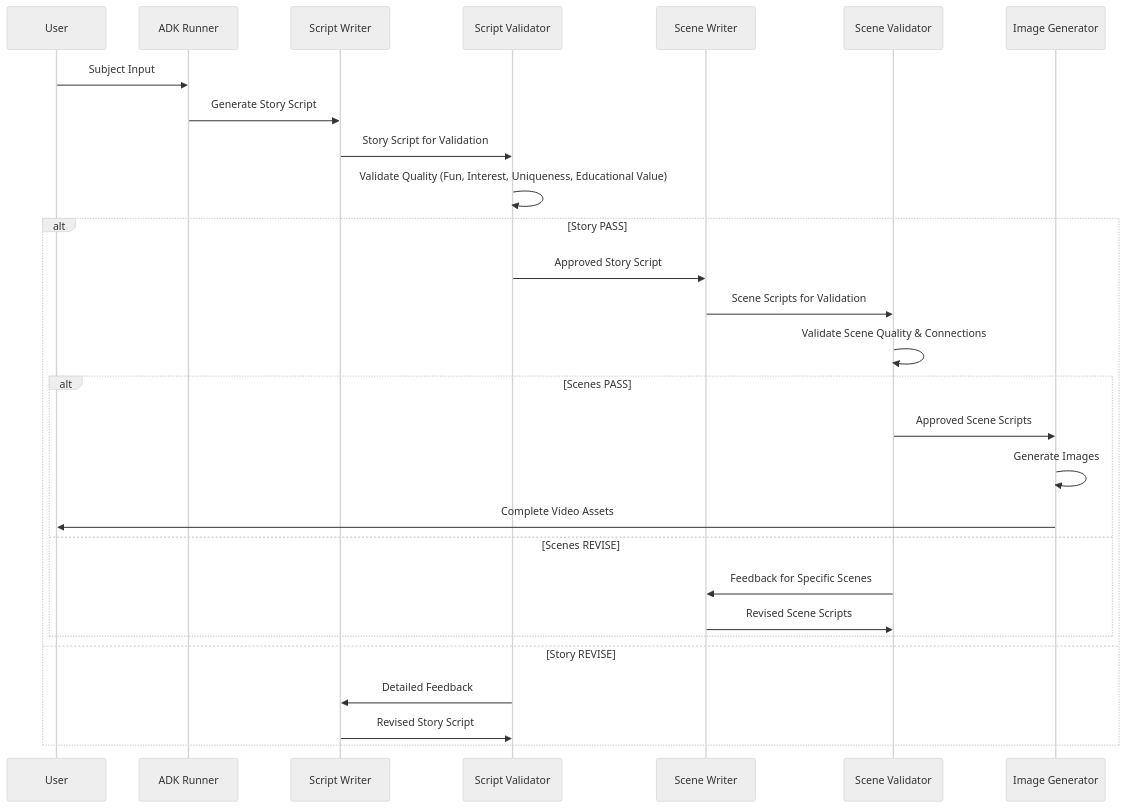
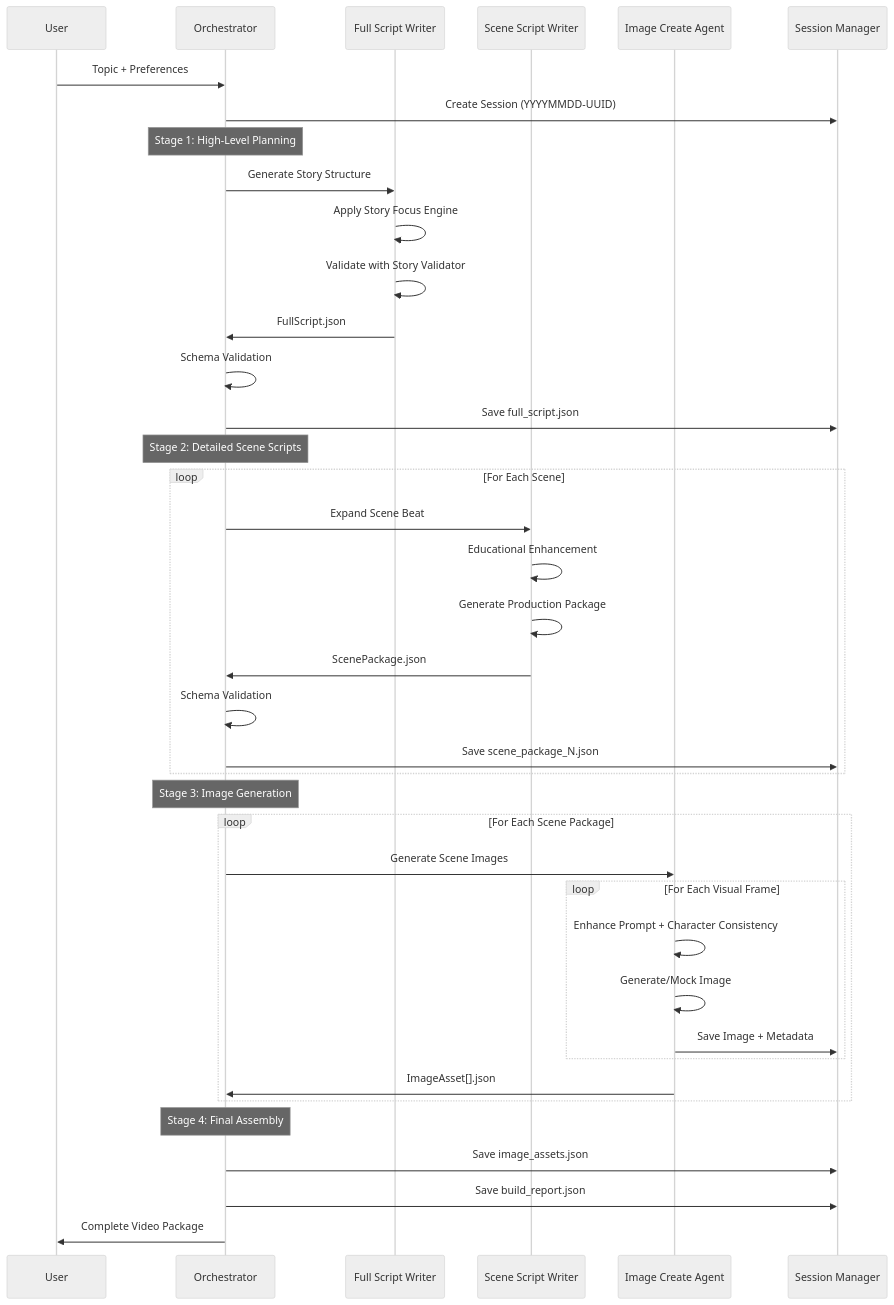
Before and after one commit to taigi0315/ShortFactory-Agent: the second of 4 diagrams in docs/architecture-diagram.md, drawn with Mermaid (neutral theme). The commit also changed other lines of this file and 17 other files, not shown here.

First line of the commit message:
feat: Add Voice Generate Agent and complete documentation update

````diff
--- a/docs/architecture-diagram.md
+++ b/docs/architecture-diagram.md
@@ -40,33 +52,46 @@
 ```mermaid
 sequenceDiagram
     participant U as User
-    participant R as ADK Runner
-    participant SW as Script Writer
-    participant SV as Script Validator
-    participant SCW as Scene Writer
-    participant SCV as Scene Validator
-    participant IG as Image Generator
+    participant O as Orchestrator
+    participant FSW as Full Script Writer
+    participant SSW as Scene Script Writer
+    participant ICA as Image Create Agent
+    participant SM as Session Manager
     
-    U->>R: Subject Input
-    R->>SW: Generate Story Script
-    SW->>SV: Story Script for Validation
-    SV->>SV: Validate Quality (Fun, Interest, Uniqueness, Educational Value)
+    U->>O: Topic + Preferences
+    O->>SM: Create Session (YYYYMMDD-UUID)
     
-    alt Story PASS
-        SV->>SCW: Approved Story Script
-        SCW->>SCV: Scene Scripts for Validation
-        SCV->>SCV: Validate Scene Quality & Connections
-        
-        alt Scenes PASS
-            SCV->>IG: Approved Scene Scripts
-            IG->>IG: Generate Images
-            IG->>U: Complete Video Assets
-        else Scenes REVISE
-            SCV->>SCW: Feedback for Specific Scenes
-            SCW->>SCV: Revised Scene Scripts
+    Note over O: Stage 1: High-Level Planning
+    O->>FSW: Generate Story Structure
+    FSW->>FSW: Apply Story Focus Engine
+    FSW->>FSW: Validate with Story Validator
+    FSW->>O: FullScript.json
+    O->>O: Schema Validation
+    O->>SM: Save full_script.json
+    
+    Note over O: Stage 2: Detailed Scene Scripts
+    loop For Each Scene
+        O->>SSW: Expand Scene Beat
+        SSW->>SSW: Educational Enhancement
+        SSW->>SSW: Generate Production Package
+        SSW->>O: ScenePackage.json
+        O->>O: Schema Validation
+        O->>SM: Save scene_package_N.json
+    end
+    
+    Note over O: Stage 3: Image Generation
+    loop For Each Scene Package
+        O->>ICA: Generate Scene Images
+        loop For Each Visual Frame
+            ICA->>ICA: Enhance Prompt + Character Consistency
+            ICA->>ICA: Generate/Mock Image
+            ICA->>SM: Save Image + Metadata
         end
-    else Story REVISE
-        SV->>SW: Detailed Feedback
-        SW->>SV: Revised Story Script
+        ICA->>O: ImageAsset[].json
     end
+    
+    Note over O: Stage 4: Final Assembly
+    O->>SM: Save image_assets.json
+    O->>SM: Save build_report.json
+    O->>U: Complete Video Package
 ```
````
